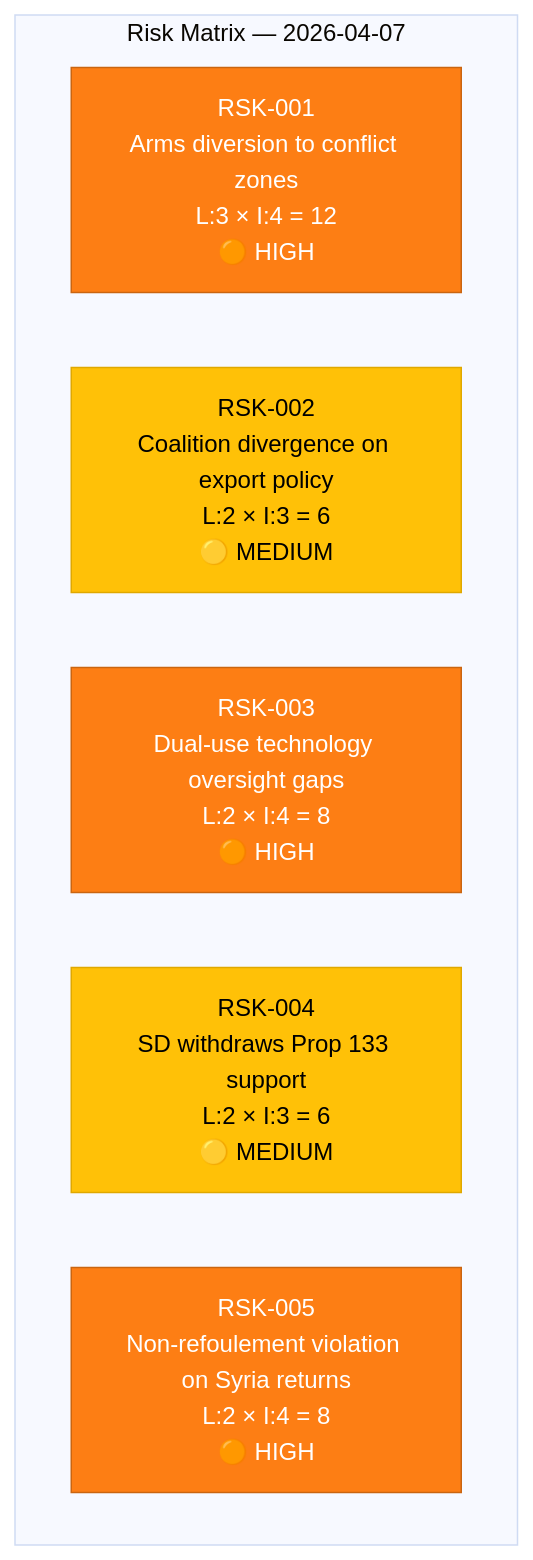
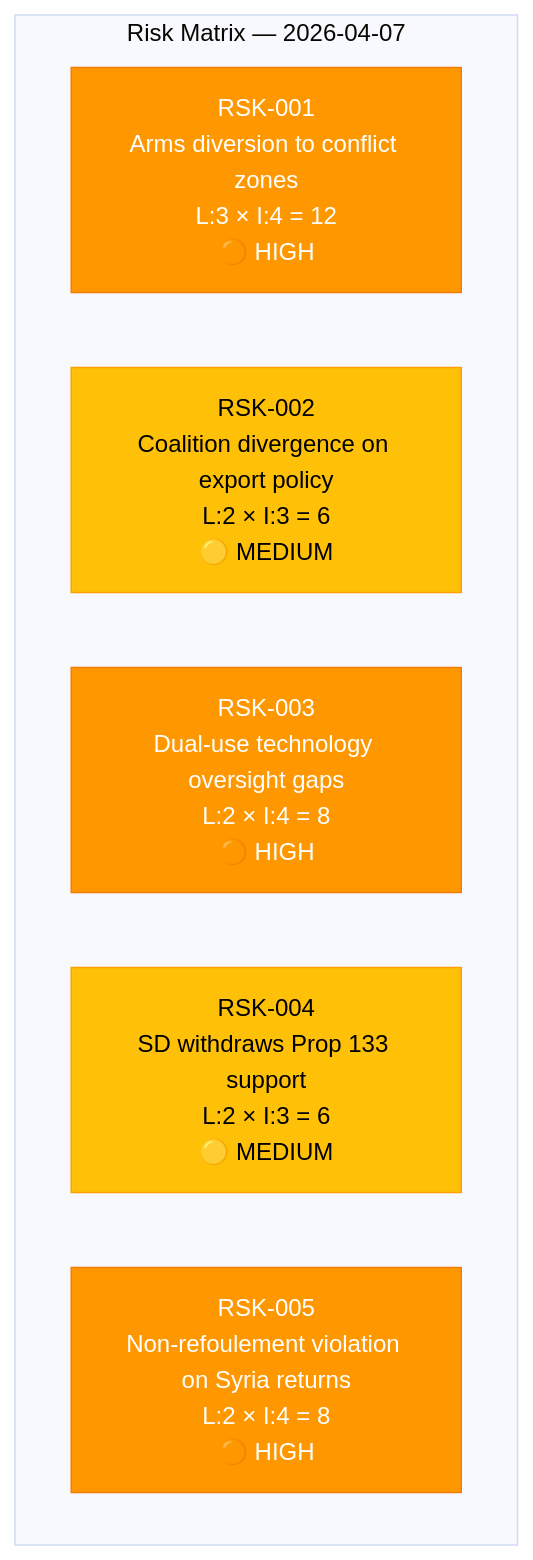
The diagram in analysis/daily/2026-04-07/realtime-1026/risk-assessment.md (Hack23/riksdagsmonitor), drawn with Mermaid (base theme) before and after one commit. The commit also changed 785 other files, not shown here.

First line of the commit message:
Normalize mermaid colors across 786 analysis artifacts to ISMS Style Guide palette

````diff
--- a/analysis/daily/2026-04-07/realtime-1026/risk-assessment.md
+++ b/analysis/daily/2026-04-07/realtime-1026/risk-assessment.md
@@ -16,16 +16,16 @@
 ```mermaid
 graph TD
     subgraph "Risk Matrix — 2026-04-07"
         R1["RSK-001<br/>Arms diversion to conflict zones<br/>L:3 × I:4 = 12<br/>🟠 HIGH"]
         R2["RSK-002<br/>Coalition divergence on export policy<br/>L:2 × I:3 = 6<br/>🟡 MEDIUM"]
         R3["RSK-003<br/>Dual-use technology oversight gaps<br/>L:2 × I:4 = 8<br/>🟠 HIGH"]
         R4["RSK-004<br/>SD withdraws Prop 133 support<br/>L:2 × I:3 = 6<br/>🟡 MEDIUM"]
         R5["RSK-005<br/>Non-refoulement violation on Syria returns<br/>L:2 × I:4 = 8<br/>🟠 HIGH"]
     end
 
-    style R1 fill:#fd7e14,stroke:#ca6510,color:#fff
-    style R2 fill:#ffc107,stroke:#e0a800,color:#000
-    style R3 fill:#fd7e14,stroke:#ca6510,color:#fff
-    style R4 fill:#ffc107,stroke:#e0a800,color:#000
-    style R5 fill:#fd7e14,stroke:#ca6510,color:#fff
+    style R1 fill:#FF9800,stroke:#F57C00,color:#FFFFFF
+    style R2 fill:#FFC107,stroke:#FFA000,color:#000000
+    style R3 fill:#FF9800,stroke:#F57C00,color:#FFFFFF
+    style R4 fill:#FFC107,stroke:#FFA000,color:#000000
+    style R5 fill:#FF9800,stroke:#F57C00,color:#FFFFFF
 ```
````
